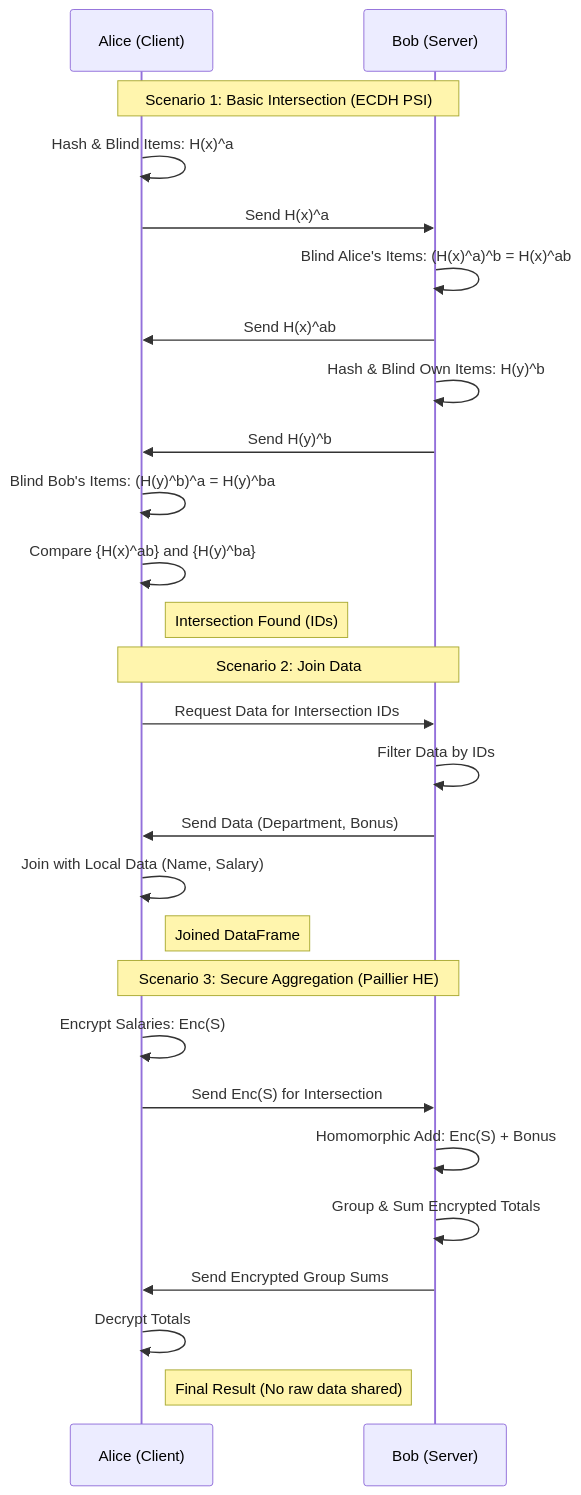
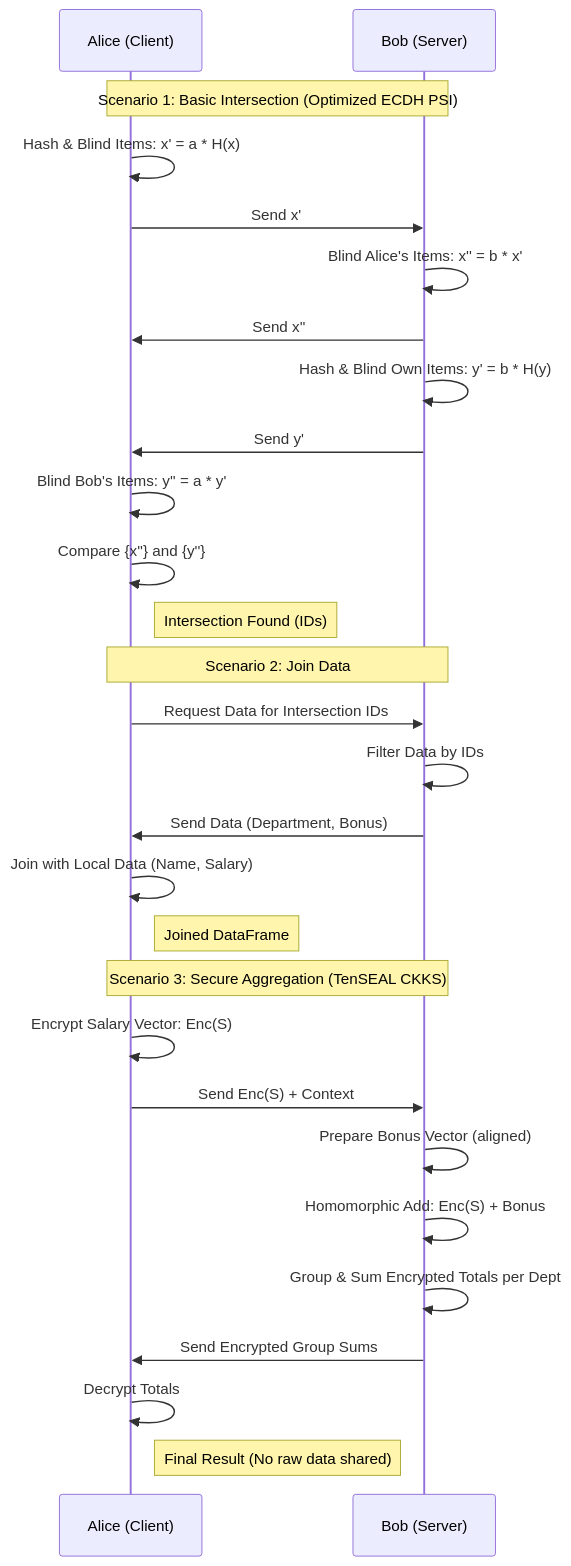
The diagram in walkthrough.md (chayasin/psi-demo), drawn with Mermaid before and after one commit. The commit also changed other lines of this file and 7 other files, not shown here.

Commit message:
feat: Upgrade PSI to optimized ECDH with cryptography and secure aggregation to TenSEAL CKKS.

````diff
--- a/walkthrough.md
+++ b/walkthrough.md
@@ -78,32 +79,33 @@
 ```mermaid
 sequenceDiagram
     participant A as Alice (Client)
     participant B as Bob (Server)
     
-    Note over A, B: Scenario 1: Basic Intersection (ECDH PSI)
-    A->>A: Hash & Blind Items: H(x)^a
-    A->>B: Send H(x)^a
-    B->>B: Blind Alice's Items: (H(x)^a)^b = H(x)^ab
-    B->>A: Send H(x)^ab
-    B->>B: Hash & Blind Own Items: H(y)^b
-    B->>A: Send H(y)^b
-    A->>A: Blind Bob's Items: (H(y)^b)^a = H(y)^ba
-    A->>A: Compare {H(x)^ab} and {H(y)^ba}
+    Note over A, B: Scenario 1: Basic Intersection (Optimized ECDH PSI)
+    A->>A: Hash & Blind Items: x' = a * H(x)
+    A->>B: Send x'
+    B->>B: Blind Alice's Items: x'' = b * x'
+    B->>A: Send x''
+    B->>B: Hash & Blind Own Items: y' = b * H(y)
+    B->>A: Send y'
+    A->>A: Blind Bob's Items: y'' = a * y'
+    A->>A: Compare {x''} and {y''}
     Note right of A: Intersection Found (IDs)
 
     Note over A, B: Scenario 2: Join Data
     A->>B: Request Data for Intersection IDs
     B->>B: Filter Data by IDs
     B->>A: Send Data (Department, Bonus)
     A->>A: Join with Local Data (Name, Salary)
     Note right of A: Joined DataFrame
 
-    Note over A, B: Scenario 3: Secure Aggregation (Paillier HE)
-    A->>A: Encrypt Salaries: Enc(S)
-    A->>B: Send Enc(S) for Intersection
+    Note over A, B: Scenario 3: Secure Aggregation (TenSEAL CKKS)
+    A->>A: Encrypt Salary Vector: Enc(S)
+    A->>B: Send Enc(S) + Context
+    B->>B: Prepare Bonus Vector (aligned)
     B->>B: Homomorphic Add: Enc(S) + Bonus
-    B->>B: Group & Sum Encrypted Totals
+    B->>B: Group & Sum Encrypted Totals per Dept
     B->>A: Send Encrypted Group Sums
     A->>A: Decrypt Totals
     Note right of A: Final Result (No raw data shared)
 ```
````
